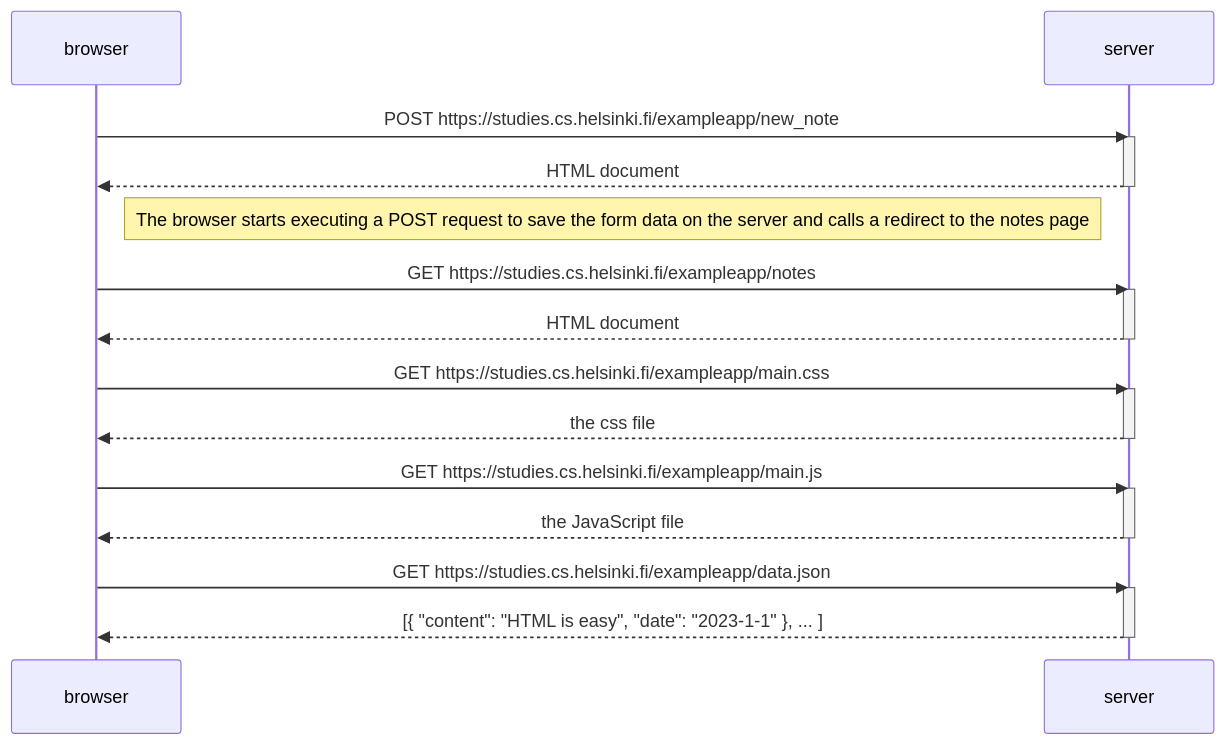
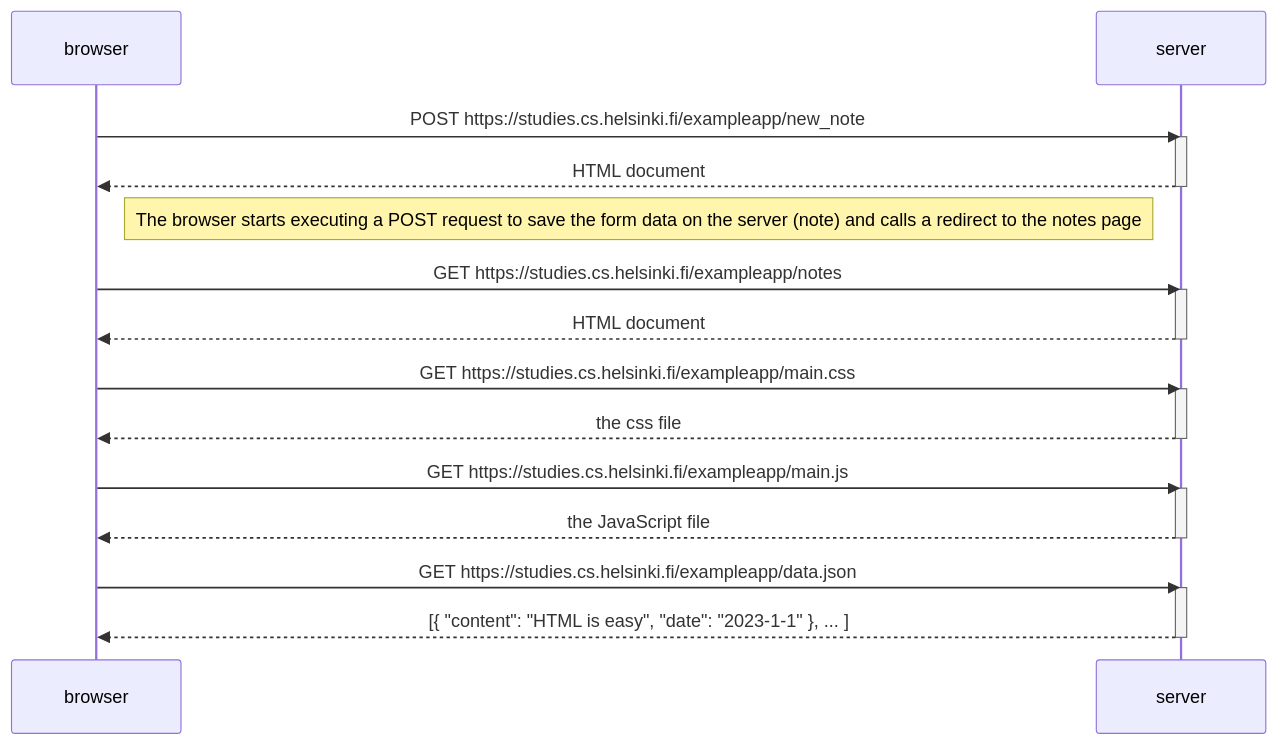
Before and after one commit to juicyj201/FullStack: the diagram in Part0/NewNoteDiagram.md, drawn with Mermaid. The commit also changed 2 other files, not shown here.

Commit message:
Added changes

````diff
--- a/Part0/NewNoteDiagram.md
+++ b/Part0/NewNoteDiagram.md
@@ -1,34 +1,34 @@
 ```mermaid
 
 sequenceDiagram
     participant browser
     participant server
 
     browser->>server: POST https://studies.cs.helsinki.fi/exampleapp/new_note
     activate server
     server-->>browser: HTML document
     deactivate server
 
-    Note right of browser: The browser starts executing a POST request to save the form data on the server and calls a redirect to the notes page
+    Note right of browser: The browser starts executing a POST request to save the form data on the server (note) and calls a redirect to the notes page
 
     browser->>server: GET https://studies.cs.helsinki.fi/exampleapp/notes
     activate server
     server-->>browser: HTML document
     deactivate server
 
     browser->>server: GET https://studies.cs.helsinki.fi/exampleapp/main.css
     activate server
     server-->>browser: the css file
     deactivate server
 
     browser->>server: GET https://studies.cs.helsinki.fi/exampleapp/main.js
     activate server
     server-->>browser: the JavaScript file
     deactivate server
 
     browser->>server: GET https://studies.cs.helsinki.fi/exampleapp/data.json
     activate server
     server-->>browser: [{ "content": "HTML is easy", "date": "2023-1-1" }, ... ]
     deactivate server
 
 ```
````
